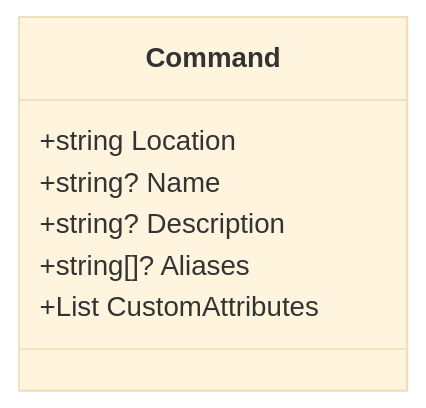
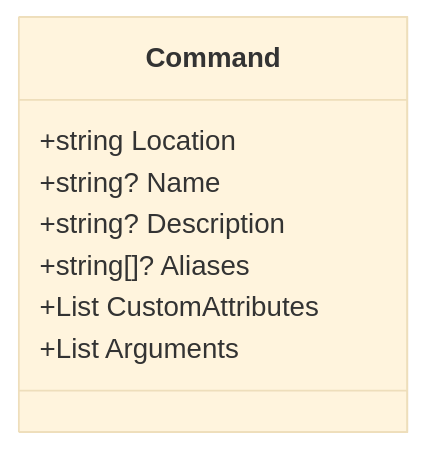
One commit to Silverdimond/SilverCommandRefGen changed diagram 22 of 26 in CODE_METRICS.md. Above: the diagram before and after it, drawn with Mermaid (base theme). The commit also changed other lines of this file and 1 other file, not shown here.

````diff
--- a/CODE_METRICS.md
+++ b/CODE_METRICS.md
@@ -1318,11 +1366,12 @@
 ```mermaid
 classDiagram
 class Command{
     +string Location
     +string? Name
     +string? Description
     +string[]? Aliases
     +List<string> CustomAttributes
+    +List<Argument> Arguments
 }
 
 ```
````
